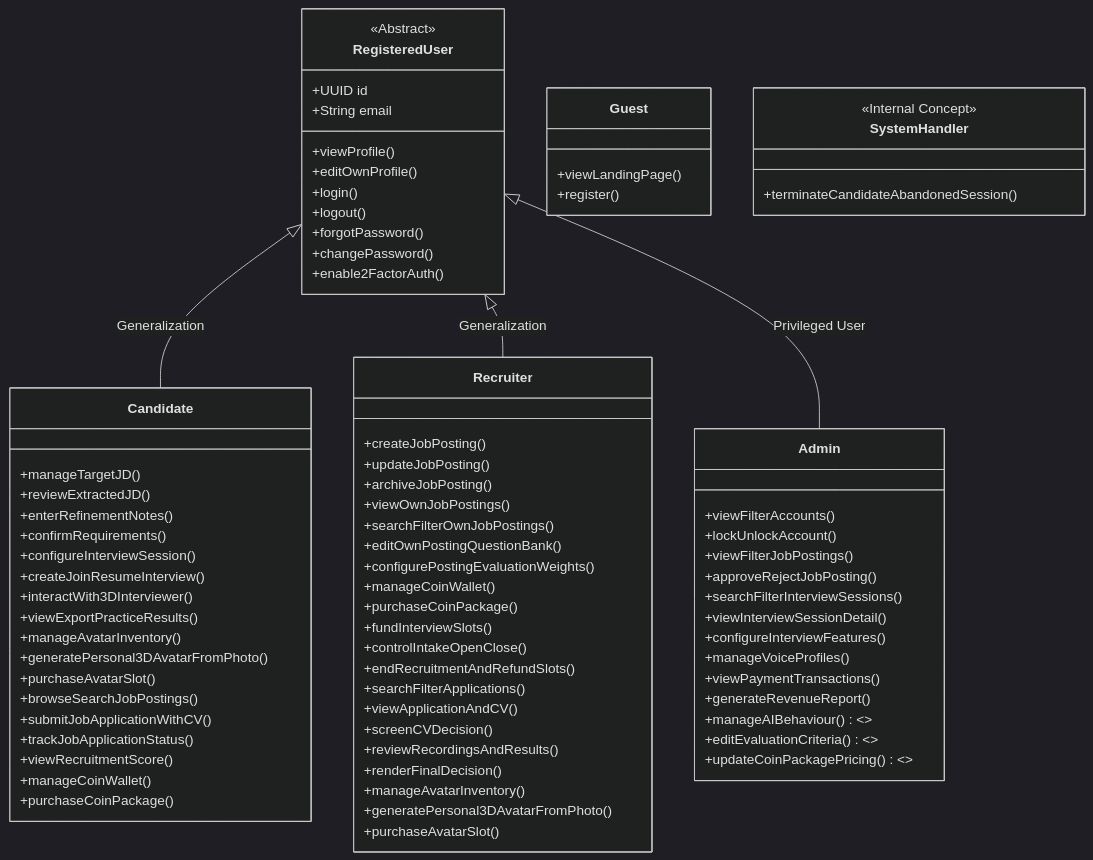
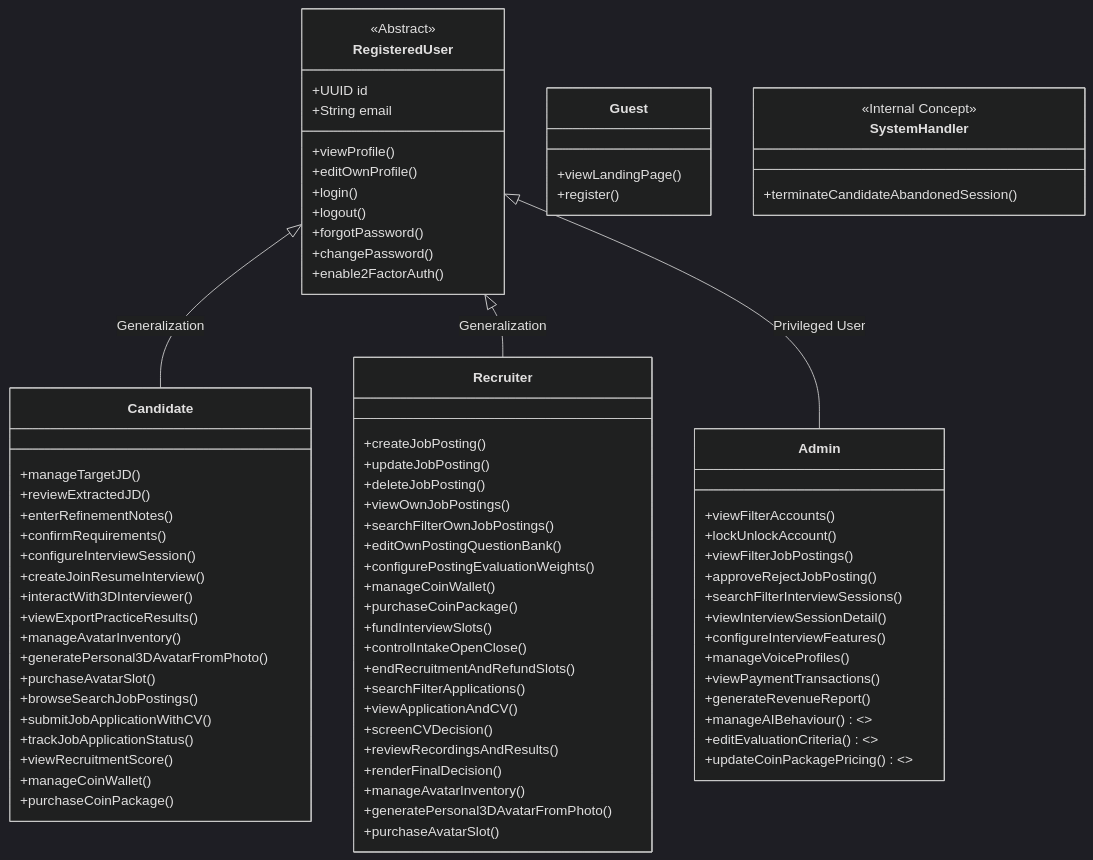
One commit to cog-forge/role-cue-brain changed the diagram in 00_Project/Actors-and-Capabilities.md. Above: the diagram before and after it, drawn with Mermaid (dark theme). The commit also changed other lines of this file and 3 other files, not shown here.

Commit message:
docs(brain): remove archive job posting lifecycle

```diff
--- a/00_Project/Actors-and-Capabilities.md
+++ b/00_Project/Actors-and-Capabilities.md
@@ -63,7 +63,7 @@
     class Recruiter {
         +createJobPosting()
         +updateJobPosting()
-        +archiveJobPosting()
+        +deleteJobPosting()
         +viewOwnJobPostings()
         +searchFilterOwnJobPostings()
         +editOwnPostingQuestionBank()
```
